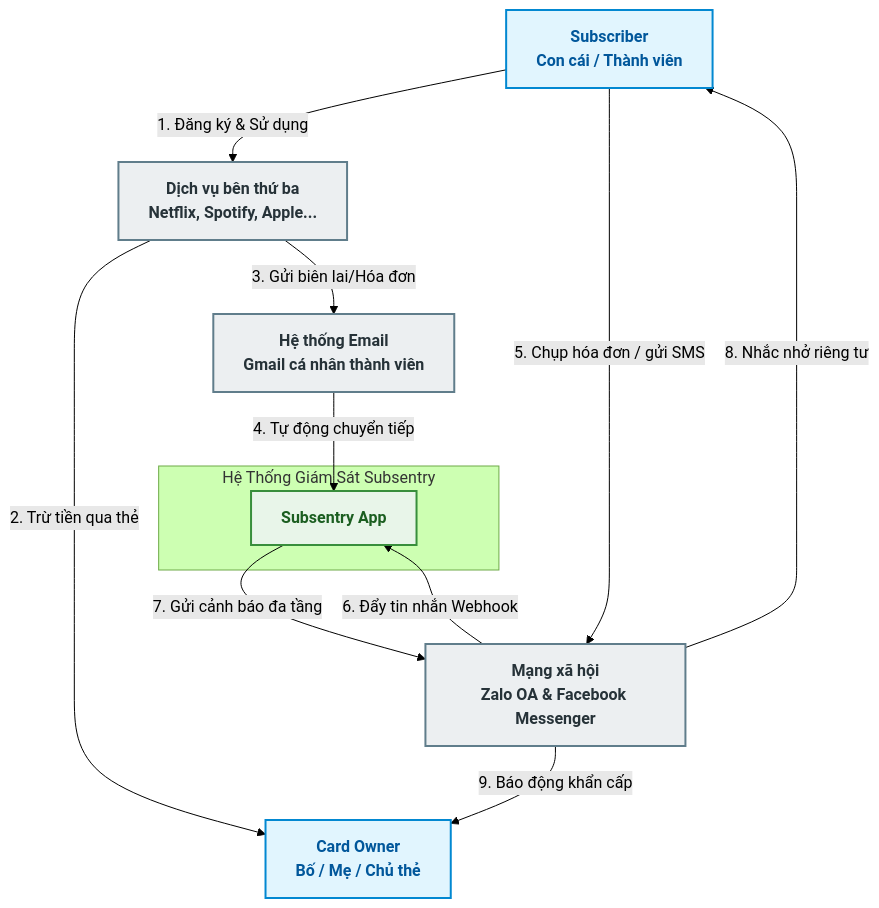
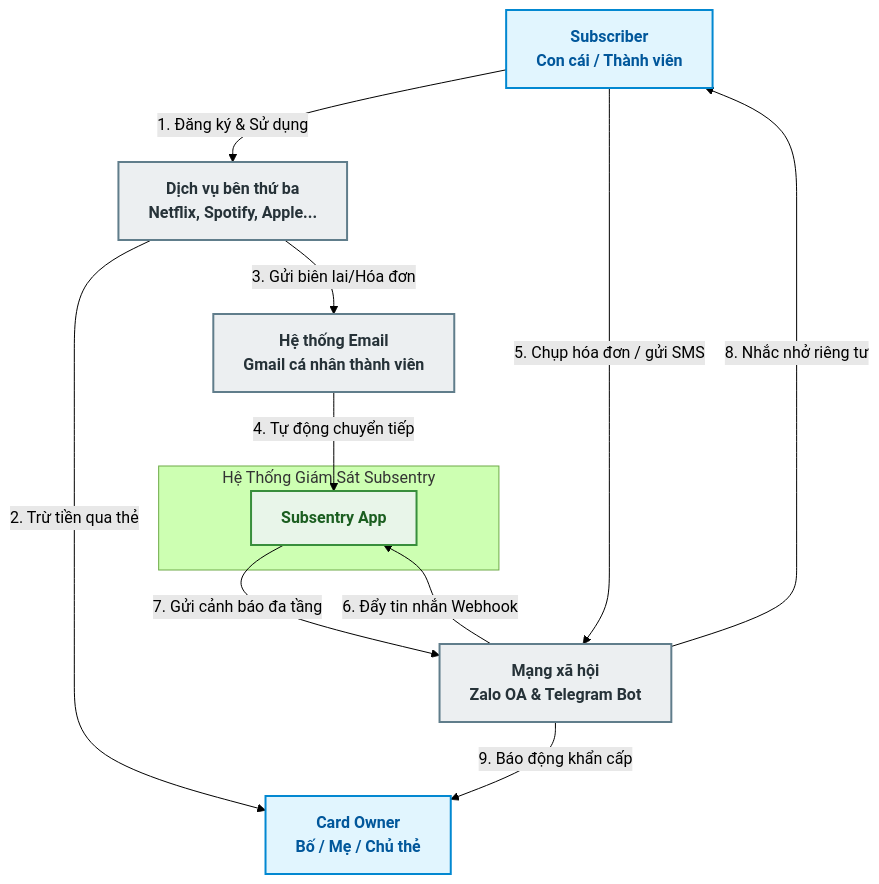
The first of 2 diagrams in docs/model-c4.md (trinhquocthinh/Subsentry), drawn with Mermaid (forest theme) before and after one commit. The commit also changed other lines of this file and 24 other files, not shown here.

````diff
--- a/docs/model-c4.md
+++ b/docs/model-c4.md
@@ -11,34 +11,34 @@
 ```mermaid
 graph TB
     %% Styling
     classDef actor fill:#E1F5FE,stroke:#0288D1,stroke-width:2px,color:#01579B,font-weight:bold;
     classDef system fill:#E8F5E9,stroke:#388E3C,stroke-width:2px,color:#1B5E20,font-weight:bold;
     classDef extSystem fill:#ECEFF1,stroke:#607D8B,stroke-width:2px,color:#263238,font-weight:bold;
 
     %% Actors
     SUB[Subscriber<br>Con cái / Thành viên]:::actor
     OWNER[Card Owner<br>Bố / Mẹ / Chủ thẻ]:::actor
 
     %% Subsentry Boundary
     subgraph Subsentry_System [Hệ Thống Giám Sát Subsentry]
         SYS[Subsentry App]:::system
     end
 
     %% External Systems
     MERCHANT[Dịch vụ bên thứ ba<br>Netflix, Spotify, Apple...]:::extSystem
-    ZALO_FB[Mạng xã hội<br>Zalo OA & Facebook Messenger]:::extSystem
+    ZALO_TG[Mạng xã hội<br>Zalo OA & Telegram Bot]:::extSystem
     EMAIL_SRV[Hệ thống Email<br>Gmail cá nhân thành viên]:::extSystem
 
     %% Interactions
     SUB -->|1. Đăng ký & Sử dụng| MERCHANT
     MERCHANT -->|2. Trừ tiền qua thẻ| OWNER
     MERCHANT -->|3. Gửi biên lai/Hóa đơn| EMAIL_SRV
 
     EMAIL_SRV -->|4. Tự động chuyển tiếp| SYS
-    SUB -->|5. Chụp hóa đơn / gửi SMS| ZALO_FB
-    ZALO_FB -->|6. Đẩy tin nhắn Webhook| SYS
+    SUB -->|5. Chụp hóa đơn / gửi SMS| ZALO_TG
+    ZALO_TG -->|6. Đẩy tin nhắn Webhook| SYS
 
-    SYS -->|7. Gửi cảnh báo đa tầng| ZALO_FB
-    ZALO_FB -->|8. Nhắc nhở riêng tư| SUB
-    ZALO_FB -->|9. Báo động khẩn cấp| OWNER
+    SYS -->|7. Gửi cảnh báo đa tầng| ZALO_TG
+    ZALO_TG -->|8. Nhắc nhở riêng tư| SUB
+    ZALO_TG -->|9. Báo động khẩn cấp| OWNER
 ```
````
